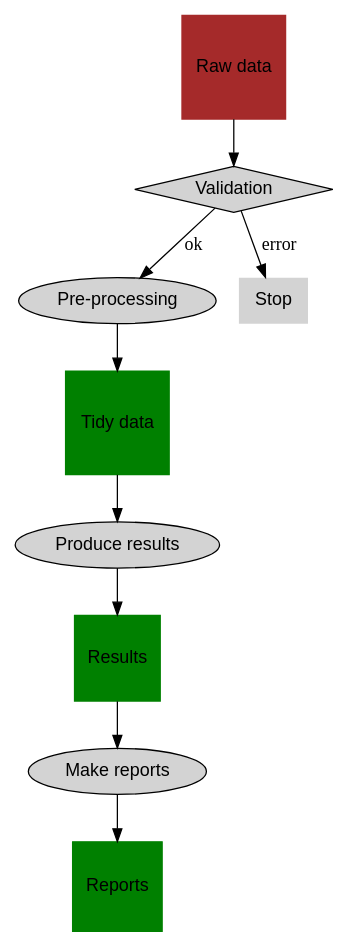
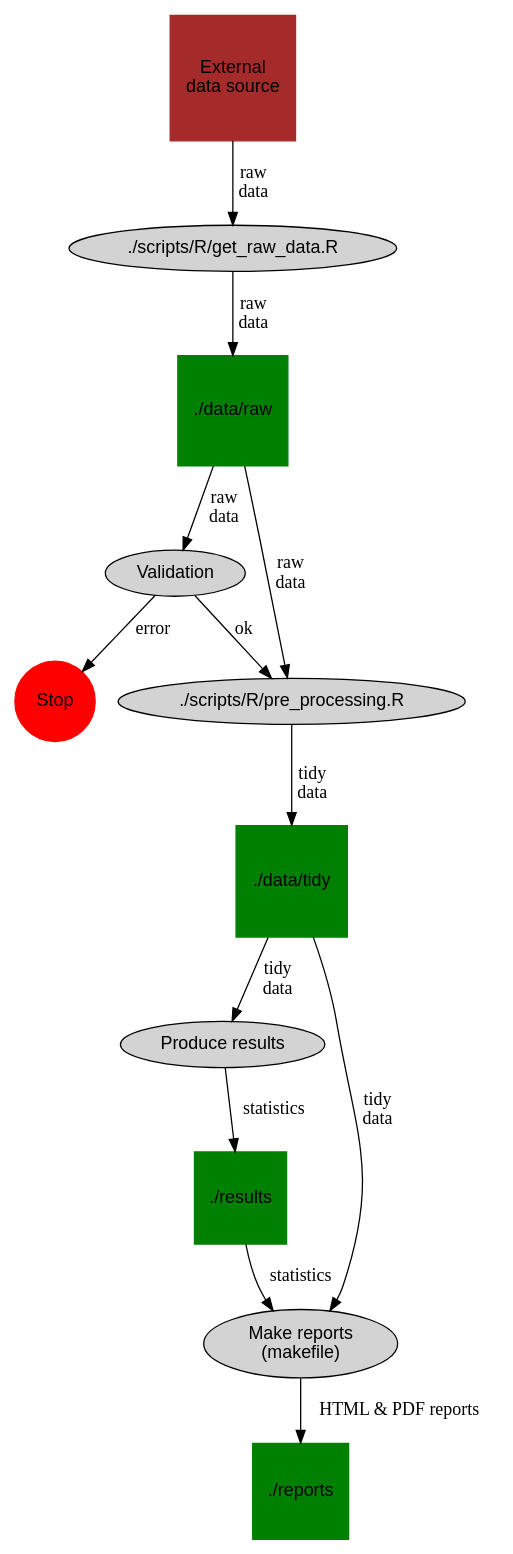
The diagram in workflow.gv (reisfe/data_workflow), drawn with Graphviz before and after one commit.

Commit message:
extended workflow graph

```diff
--- a/workflow.gv
+++ b/workflow.gv
@@ -1,28 +1,38 @@
 digraph {
   
   node[style = filled,
        fontname = "helvetica"]
   
   # Nodes
-  raw_data[label = "Raw data", shape = square, color = Brown];
-  tidy_data[label = "Tidy data", shape = square, color = Green];
-  results[label = "Results", shape = square, color = Green];
-  reports[label = "Reports", shape = square, color = Green];
+  ## External entities
+  data_source[label = "External\ndata source", shape = square, color = Brown];
   
-  validation[label = "Validation", shape = diamond];
-  pre_processing[label = "Pre-processing"];
+  ## Data stores
+  raw_data_store[label = "./data/raw", shape = square, color = Green];
+  tidy_data_store[label = "./data/tidy", shape = square, color = Green];
+  results_store[label = "./results", shape = square, color = Green];
+  reports_store[label = "./reports", shape = square, color = Green];
+  
+  ## Processes (scripts)
+  acquire_data[label = "./scripts/R/get_raw_data.R"]
+  validate_data[label = "Validation"];
+  pre_process[label = "./scripts/R/pre_processing.R"];
   produce_results[label = "Produce results"];
-  make_reports[label = "Make reports"];
+  make_reports[label = "Make reports\n(makefile)"];
   
-  stop[label = "Stop", shape = plaintext]
+  stop[label = "Stop", shape = circle, color = Red]
   
-  # Edges
-  raw_data -> validation;
-  validation -> pre_processing[label = "ok"];
-  validation -> stop[label = "error"];
-  pre_processing -> tidy_data;
-  tidy_data -> produce_results;
-  produce_results -> results;
-  results -> make_reports;
-  make_reports -> reports
+  # Edges (data flows)
+  data_source -> acquire_data[label = "raw\ndata"]
+  acquire_data -> raw_data_store[label = "raw\ndata"]
+  raw_data_store -> validate_data[label = "raw\ndata"];
+  validate_data -> pre_process[label = "ok"];
+  validate_data -> stop[label = "error"];
+  raw_data_store -> pre_process[label = "raw\ndata"]
+  pre_process -> tidy_data_store[label = "tidy\ndata"];
+  tidy_data_store -> produce_results[label = "tidy\ndata"];
+  produce_results -> results_store[label = "statistics"];
+  results_store -> make_reports[label = "statistics"];
+  tidy_data_store -> make_reports[label = "tidy\ndata"];
+  make_reports -> reports_store[label = "HTML & PDF reports"];
 }
```
